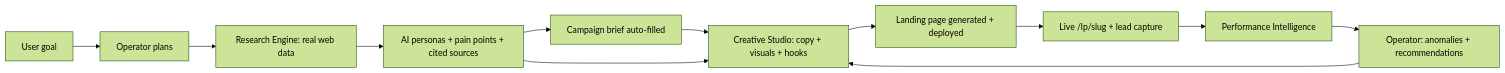
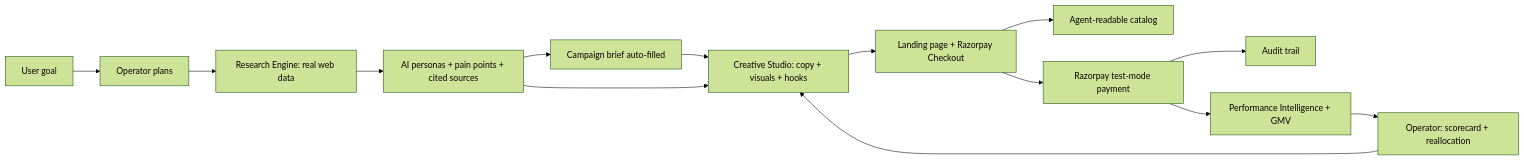
The third of 3 diagrams in Docs/architecture.md (Adit-Jain-srm/Razorpay-AI-Builder), drawn with Mermaid (forest theme) before and after one commit. The commit also changed other lines of this file and 5 other files, not shown here.

````diff
--- a/Docs/architecture.md
+++ b/Docs/architecture.md
@@ -119,14 +129,16 @@
 ```mermaid
 flowchart LR
     Goal[User goal] --> Plan[Operator plans]
     Plan --> Research[Research Engine: real web data]
     Research --> Personas[AI personas + pain points + cited sources]
     Personas --> Brief[Campaign brief auto-filled]
     Brief --> Creatives[Creative Studio: copy + visuals + hooks]
     Personas --> Creatives
-    Creatives --> Landing[Landing page generated + deployed]
-    Landing --> Live["Live /lp/slug + lead capture"]
-    Live --> Analytics[Performance Intelligence]
-    Analytics --> Improve[Operator: anomalies + recommendations]
+    Creatives --> Landing[Landing page + Razorpay Checkout]
+    Landing --> Catalog[Agent-readable catalog]
+    Landing --> Payment["Razorpay test-mode payment"]
+    Payment --> Audit[Audit trail]
+    Payment --> Analytics[Performance Intelligence + GMV]
+    Analytics --> Improve[Operator: scorecard + reallocation]
     Improve --> Creatives
 ```
````
